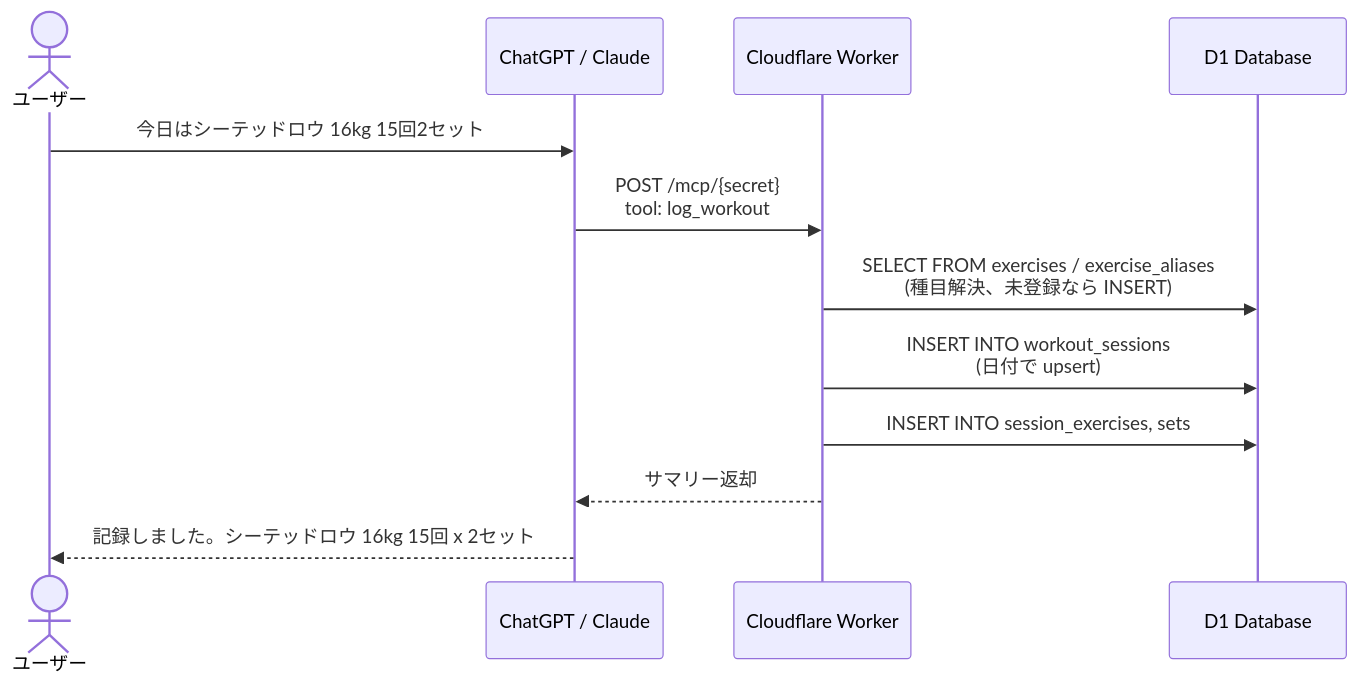
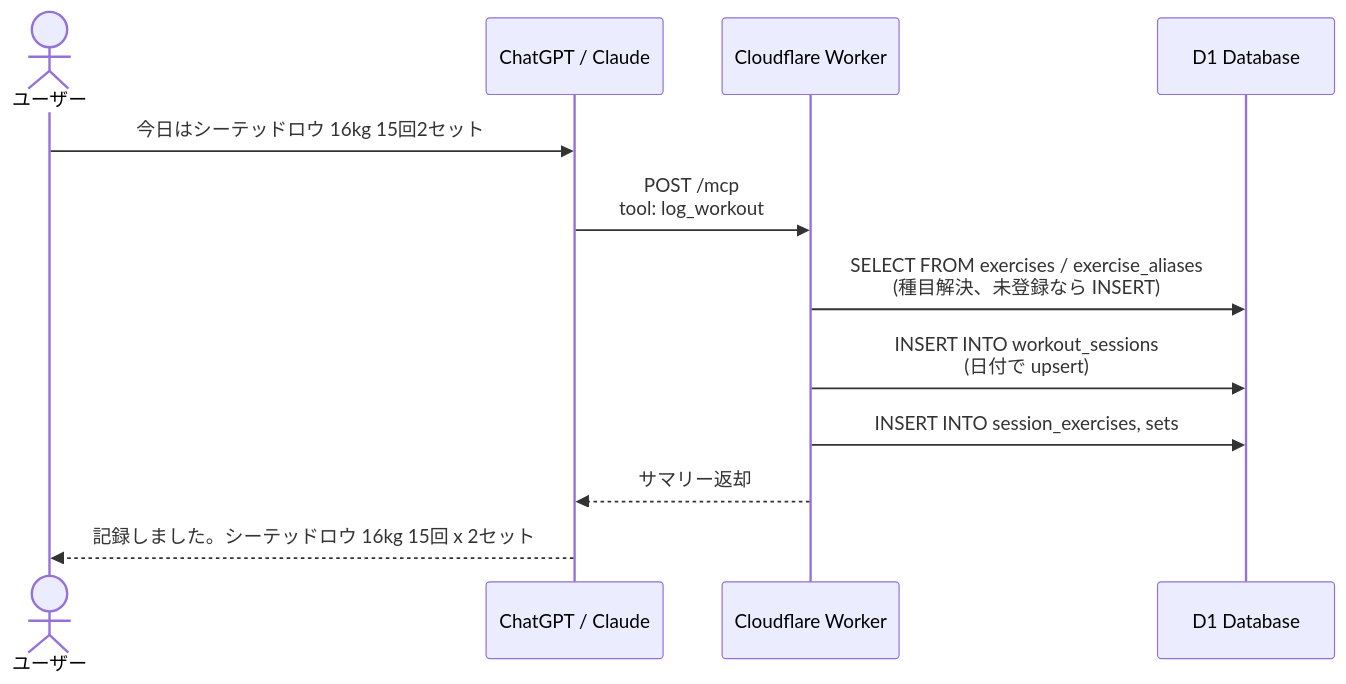
The second of 3 diagrams in docs/architecture.md (japan4415/training-logger), drawn with Mermaid before and after one commit. The commit also changed other lines of this file and 4 other files, not shown here.

````diff
--- a/docs/architecture.md
+++ b/docs/architecture.md
@@ -128,15 +90,15 @@
 ```mermaid
 sequenceDiagram
     actor User as ユーザー
     participant LLM as ChatGPT / Claude
     participant Worker as Cloudflare Worker
     participant D1 as D1 Database
 
     User->>LLM: 今日はシーテッドロウ 16kg 15回2セット
-    LLM->>Worker: POST /mcp/{secret}<br/>tool: log_workout
+    LLM->>Worker: POST /mcp<br/>tool: log_workout
     Worker->>D1: SELECT FROM exercises / exercise_aliases<br/>(種目解決、未登録なら INSERT)
     Worker->>D1: INSERT INTO workout_sessions<br/>(日付で upsert)
     Worker->>D1: INSERT INTO session_exercises, sets
     Worker-->>LLM: サマリー返却
     LLM-->>User: 記録しました。シーテッドロウ 16kg 15回 x 2セット
 ```
````
